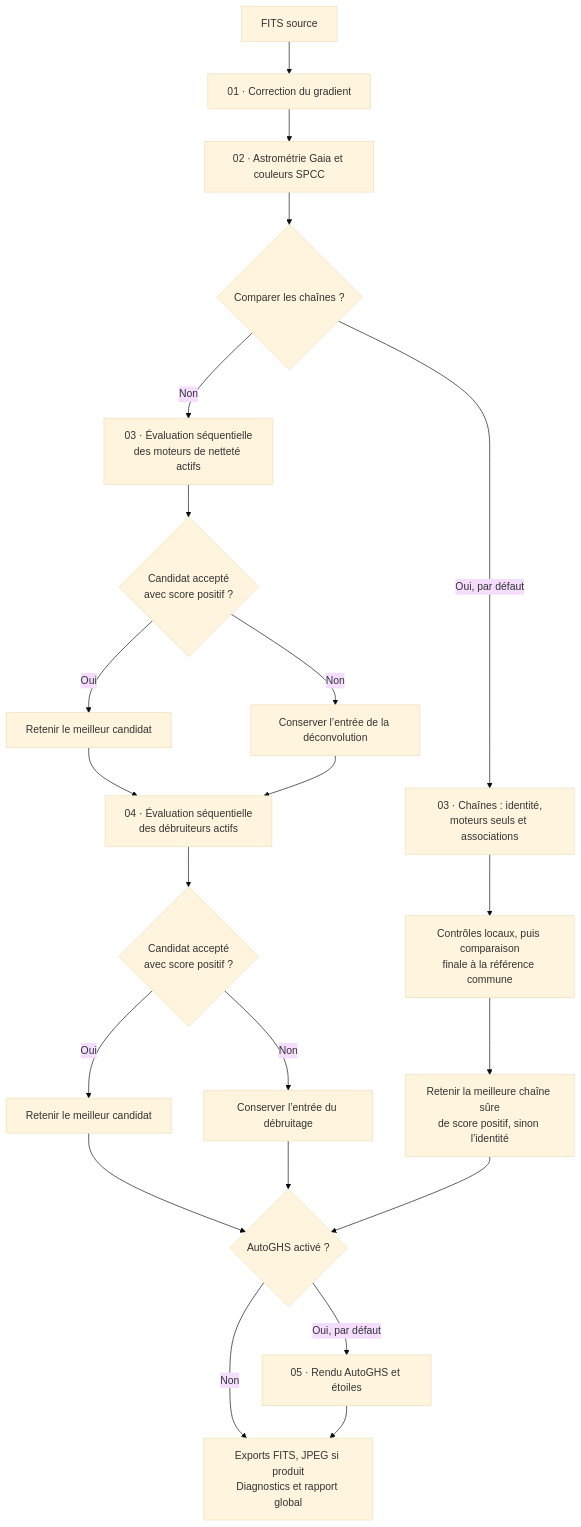
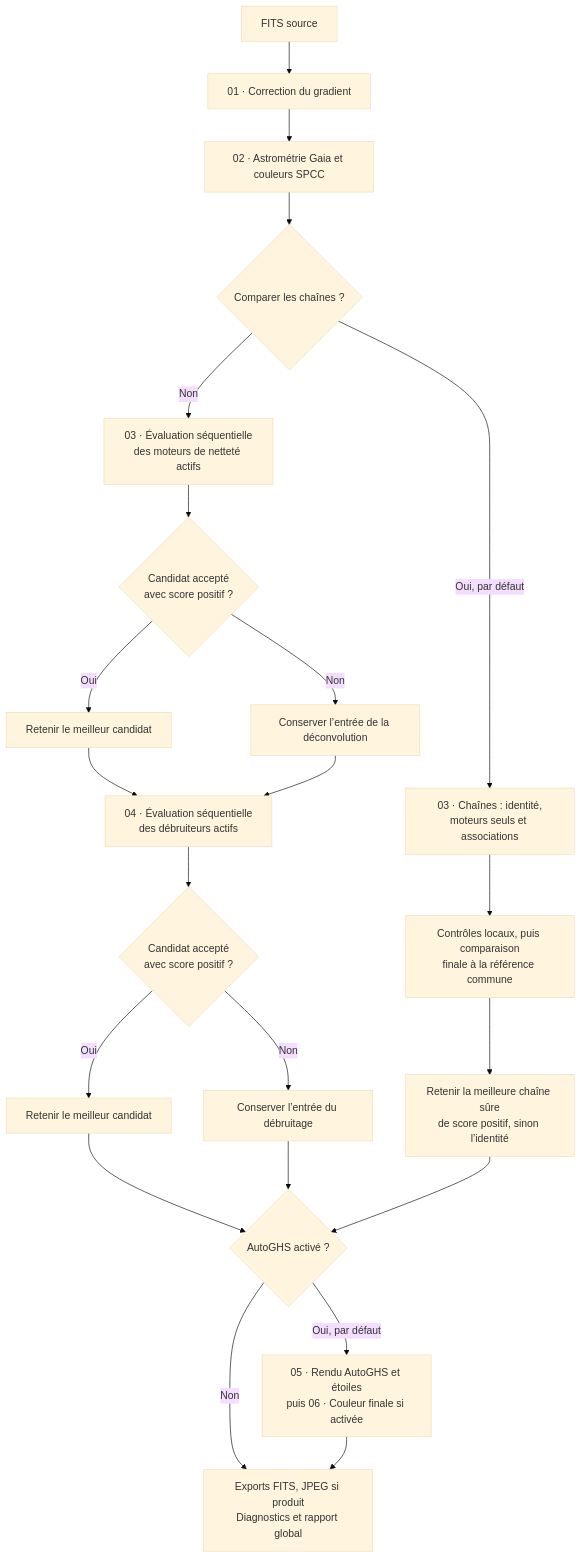
One commit to dgedgedge/SirilProcessing changed the diagram in docs/scripts/postProcess/README.md. Above: the diagram before and after it, drawn with Mermaid (base theme). The commit also changed other lines of this file and 9 other files, not shown here.

Commit message:
Document post-processing layers and fix MkDocs Mermaid rendering

````diff
--- a/docs/scripts/postProcess/README.md
+++ b/docs/scripts/postProcess/README.md
@@ -107,24 +111,24 @@
 ```mermaid
 flowchart TD
     A["FITS source"] --> G["01 · Correction du gradient"]
     G --> P["02 · Astrométrie Gaia et couleurs SPCC"]
     P --> C{"Comparer les chaînes ?"}
     C -->|Non| D["03 · Évaluation séquentielle<br/>des moteurs de netteté actifs"]
     D --> V{"Candidat accepté<br/>avec score positif ?"}
     V -->|Oui| S["Retenir le meilleur candidat"]
     V -->|Non| E["Conserver l’entrée de la déconvolution"]
     S --> N["04 · Évaluation séquentielle<br/>des débruiteurs actifs"]
     E --> N
     N --> Q{"Candidat accepté<br/>avec score positif ?"}
     Q -->|Oui| B["Retenir le meilleur candidat"]
     Q -->|Non| O["Conserver l’entrée du débruitage"]
     C -->|Oui, par défaut| H["03 · Chaînes : identité,<br/>moteurs seuls et associations"]
     H --> I["Contrôles locaux, puis comparaison<br/>finale à la référence commune"]
     I --> T["Retenir la meilleure chaîne sûre<br/>de score positif, sinon l’identité"]
     B --> U{"AutoGHS activé ?"}
     O --> U
     T --> U
-    U -->|Oui, par défaut| F["05 · Rendu AutoGHS et étoiles"]
+    U -->|Oui, par défaut| F["05 · Rendu AutoGHS et étoiles<br/>puis 06 · Couleur finale si activée"]
     U -->|Non| R["Exports FITS, JPEG si produit<br/>Diagnostics et rapport global"]
     F --> R
 ```
````
